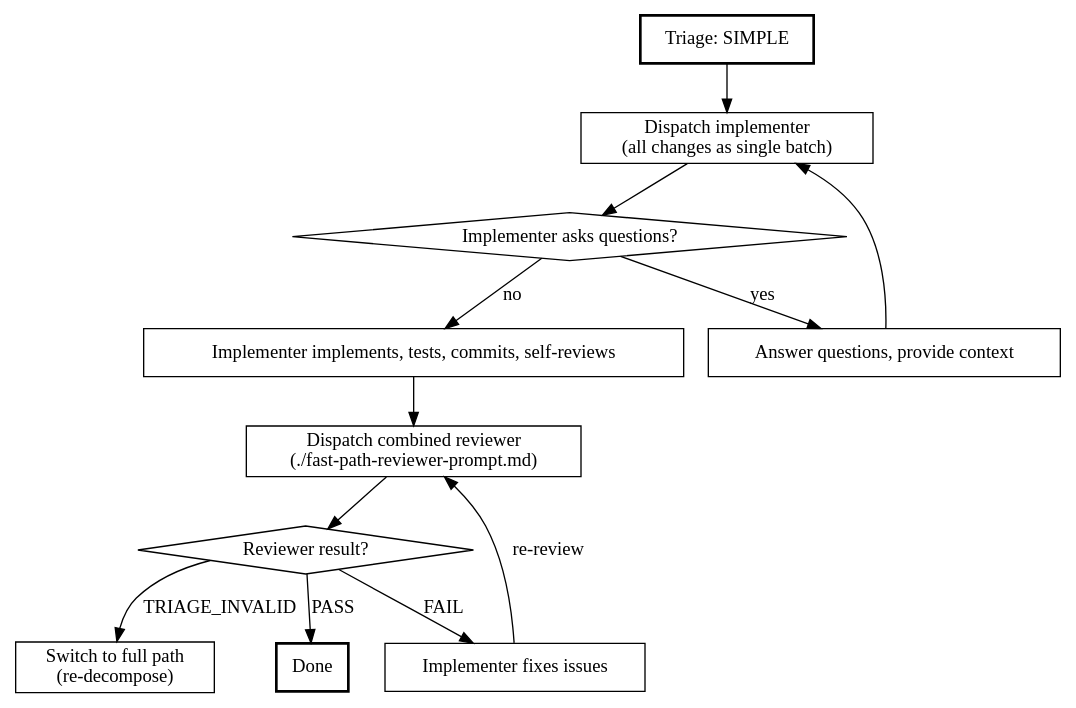
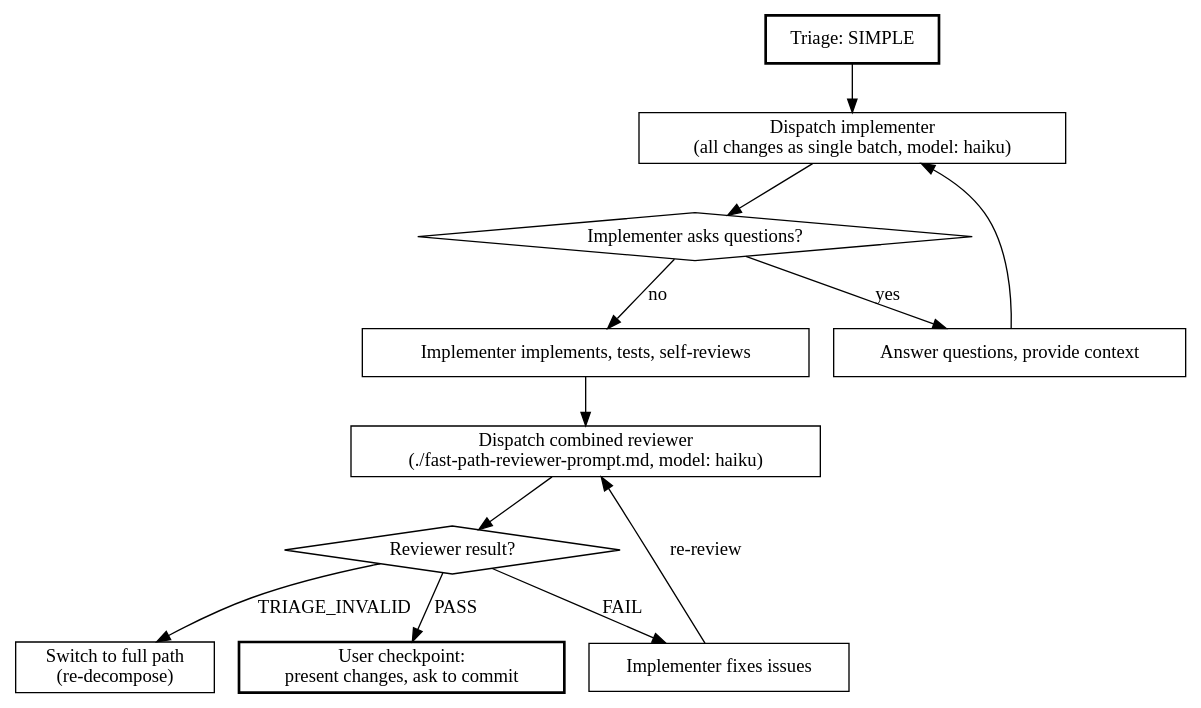
Before and after one commit to philipobenito/dot: the second of 3 diagrams in ai/skills/subagent-driven-development/SKILL.md, drawn with Graphviz. The commit also changed other lines of this file and 6 other files, not shown here.

````diff
--- a/ai/skills/subagent-driven-development/SKILL.md
+++ b/ai/skills/subagent-driven-development/SKILL.md
@@ -137,28 +144,28 @@
 ```dot
 digraph fast_path {
     rankdir=TB;
 
     "Triage: SIMPLE" [shape=box, style=bold];
-    "Dispatch implementer\n(all changes as single batch)" [shape=box];
+    "Dispatch implementer\n(all changes as single batch, model: haiku)" [shape=box];
     "Implementer asks questions?" [shape=diamond];
     "Answer questions, provide context" [shape=box];
-    "Implementer implements, tests, commits, self-reviews" [shape=box];
-    "Dispatch combined reviewer\n(./fast-path-reviewer-prompt.md)" [shape=box];
+    "Implementer implements, tests, self-reviews" [shape=box];
+    "Dispatch combined reviewer\n(./fast-path-reviewer-prompt.md, model: haiku)" [shape=box];
     "Reviewer result?" [shape=diamond];
     "Implementer fixes issues" [shape=box];
     "Switch to full path\n(re-decompose)" [shape=box];
-    "Done" [shape=box, style=bold];
+    "User checkpoint:\npresent changes, ask to commit" [shape=box, style=bold];
 
-    "Triage: SIMPLE" -> "Dispatch implementer\n(all changes as single batch)";
-    "Dispatch implementer\n(all changes as single batch)" -> "Implementer asks questions?";
+    "Triage: SIMPLE" -> "Dispatch implementer\n(all changes as single batch, model: haiku)";
+    "Dispatch implementer\n(all changes as single batch, model: haiku)" -> "Implementer asks questions?";
     "Implementer asks questions?" -> "Answer questions, provide context" [label="yes"];
-    "Answer questions, provide context" -> "Dispatch implementer\n(all changes as single batch)";
-    "Implementer asks questions?" -> "Implementer implements, tests, commits, self-reviews" [label="no"];
-    "Implementer implements, tests, commits, self-reviews" -> "Dispatch combined reviewer\n(./fast-path-reviewer-prompt.md)";
-    "Dispatch combined reviewer\n(./fast-path-reviewer-prompt.md)" -> "Reviewer result?";
-    "Reviewer result?" -> "Done" [label="PASS"];
+    "Answer questions, provide context" -> "Dispatch implementer\n(all changes as single batch, model: haiku)";
+    "Implementer asks questions?" -> "Implementer implements, tests, self-reviews" [label="no"];
+    "Implementer implements, tests, self-reviews" -> "Dispatch combined reviewer\n(./fast-path-reviewer-prompt.md, model: haiku)";
+    "Dispatch combined reviewer\n(./fast-path-reviewer-prompt.md, model: haiku)" -> "Reviewer result?";
+    "Reviewer result?" -> "User checkpoint:\npresent changes, ask to commit" [label="PASS"];
     "Reviewer result?" -> "Implementer fixes issues" [label="FAIL"];
     "Reviewer result?" -> "Switch to full path\n(re-decompose)" [label="TRIAGE_INVALID"];
-    "Implementer fixes issues" -> "Dispatch combined reviewer\n(./fast-path-reviewer-prompt.md)" [label="re-review"];
+    "Implementer fixes issues" -> "Dispatch combined reviewer\n(./fast-path-reviewer-prompt.md, model: haiku)" [label="re-review"];
 }
 ```
````
